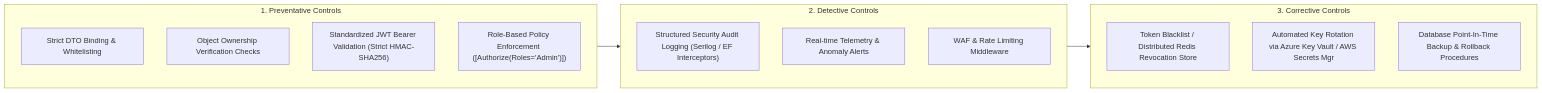
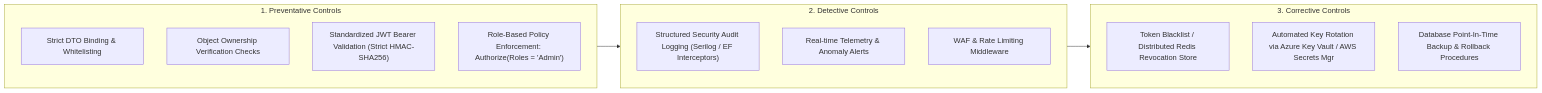
The third of 3 diagrams in docs/THREAT_MODELING_WORKBOOK.md (BrenesRM/MediSecure-Health-Telehealth-EHR-System), drawn with Mermaid before and after one commit. The commit also changed other lines of this file, not shown here.

````diff
--- a/docs/THREAT_MODELING_WORKBOOK.md
+++ b/docs/THREAT_MODELING_WORKBOOK.md
@@ -225,23 +225,23 @@
 ```mermaid
 graph LR
     subgraph Preventative["1. Preventative Controls"]
         P1["Strict DTO Binding & Whitelisting"]
         P2["Object Ownership Verification Checks"]
         P3["Standardized JWT Bearer Validation (Strict HMAC-SHA256)"]
-        P4["Role-Based Policy Enforcement ([Authorize(Roles='Admin')])"]
+        P4["Role-Based Policy Enforcement: Authorize(Roles = 'Admin')"]
     end
 
     subgraph Detective["2. Detective Controls"]
         D1["Structured Security Audit Logging (Serilog / EF Interceptors)"]
         D2["Real-time Telemetry & Anomaly Alerts"]
         D3["WAF & Rate Limiting Middleware"]
     end
 
     subgraph Corrective["3. Corrective Controls"]
         C1["Token Blacklist / Distributed Redis Revocation Store"]
         C2["Automated Key Rotation via Azure Key Vault / AWS Secrets Mgr"]
         C3["Database Point-In-Time Backup & Rollback Procedures"]
     end
 
     Preventative --> Detective --> Corrective
 ```
````
